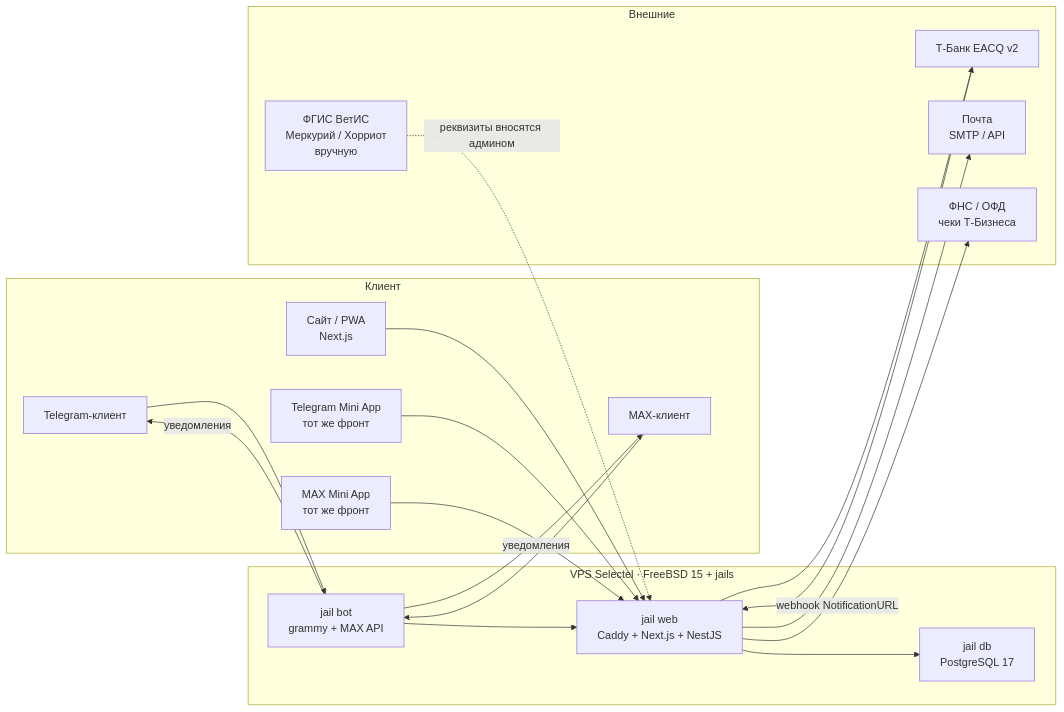
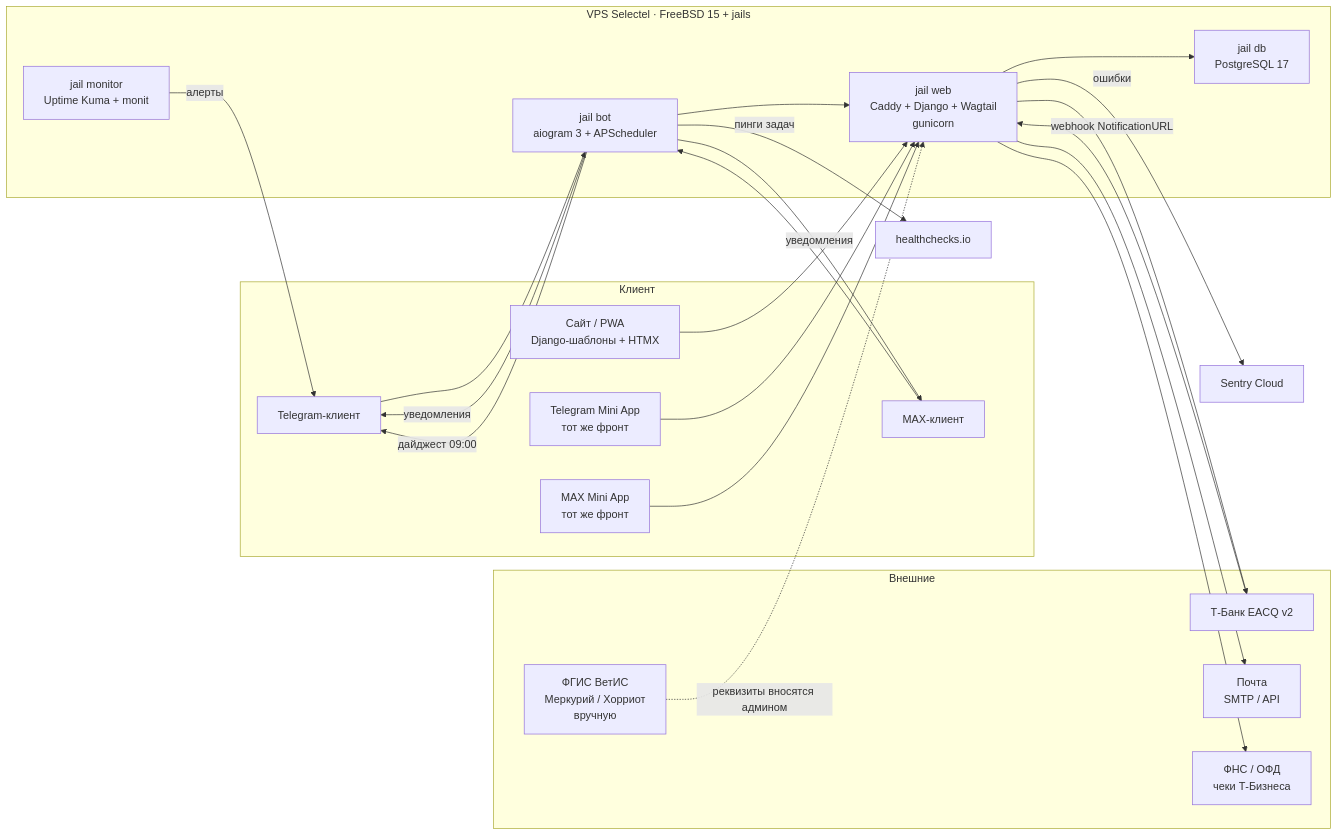
The first of 2 diagrams in SPEC.md (avalok11/Selskii-dvor), drawn with Mermaid before and after one commit. The commit also changed other lines of this file and 1 other file, not shown here.

First line of the commit message:
docs(spec): зафиксировать стек Django + Wagtail и мониторинг (D15–D18)

````diff
--- a/SPEC.md
+++ b/SPEC.md
@@ -242,36 +253,41 @@
 ```mermaid
 flowchart LR
   subgraph Client["Клиент"]
-    S[Сайт / PWA<br/>Next.js]
+    S[Сайт / PWA<br/>Django-шаблоны + HTMX]
     T[Telegram Mini App<br/>тот же фронт]
     M[MAX Mini App<br/>тот же фронт]
     TG[Telegram-клиент]
     MX[MAX-клиент]
   end
   subgraph Server["VPS Selectel · FreeBSD 15 + jails"]
-    W[jail web<br/>Caddy + Next.js + NestJS]
-    B[jail bot<br/>grammy + MAX API]
+    W[jail web<br/>Caddy + Django + Wagtail<br/>gunicorn]
+    B[jail bot<br/>aiogram 3 + APScheduler]
     D[jail db<br/>PostgreSQL 17]
+    MON[jail monitor<br/>Uptime Kuma + monit]
   end
   subgraph External["Внешние"]
     TB[Т-Банк EACQ v2]
     MA[Почта<br/>SMTP / API]
     FS[ФГИС ВетИС<br/>Меркурий / Хорриот<br/>вручную]
     FSQ[ФНС / ОФД<br/>чеки Т-Бизнеса]
   end
 
   S --> W
   T --> W
   M --> W
   TG --> B
   MX --> B
   B --> W
   W --> D
   W --> TB
   W --> MA
   TB -->|webhook NotificationURL| W
   W --> FSQ
   B -->|уведомления| TG
   B -->|уведомления| MX
   FS -.->|реквизиты вносятся админом| W
+  MON -->|алерты| TG
+  W -->|ошибки| SN[Sentry Cloud]
+  B -->|пинги задач| HC[healthchecks.io]
+  B -->|дайджест 09:00| TG
 ```
````
